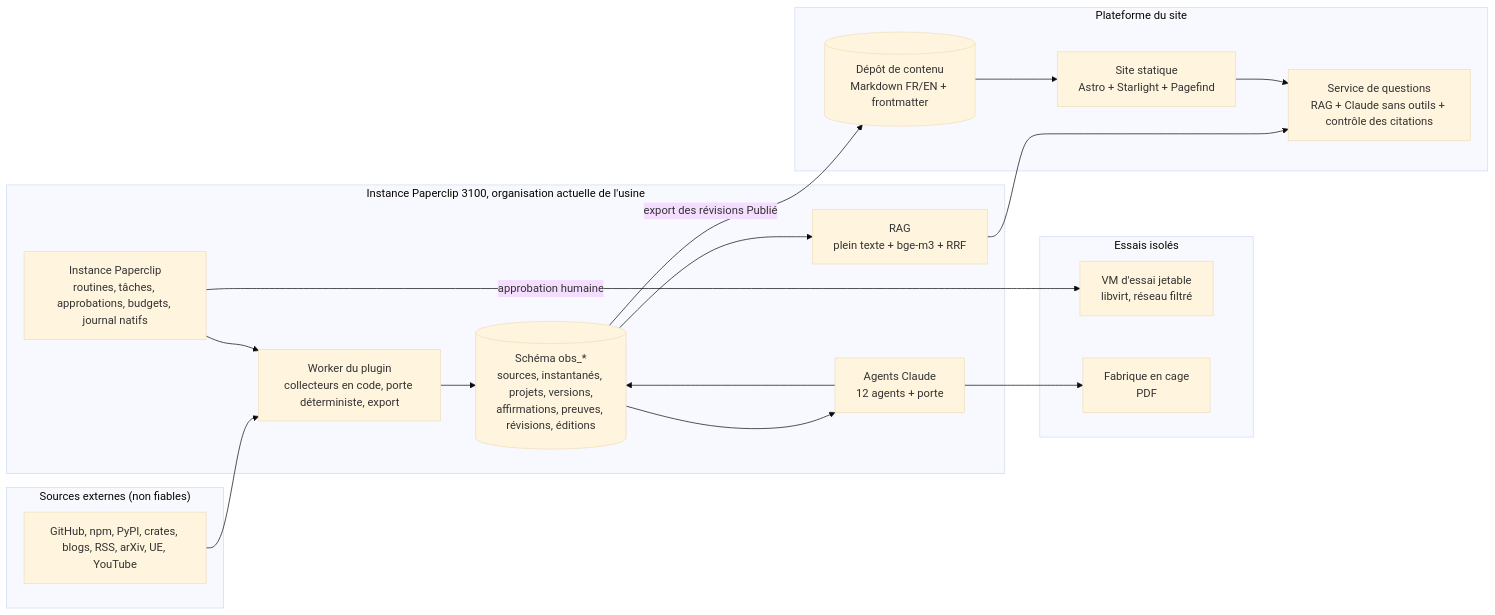
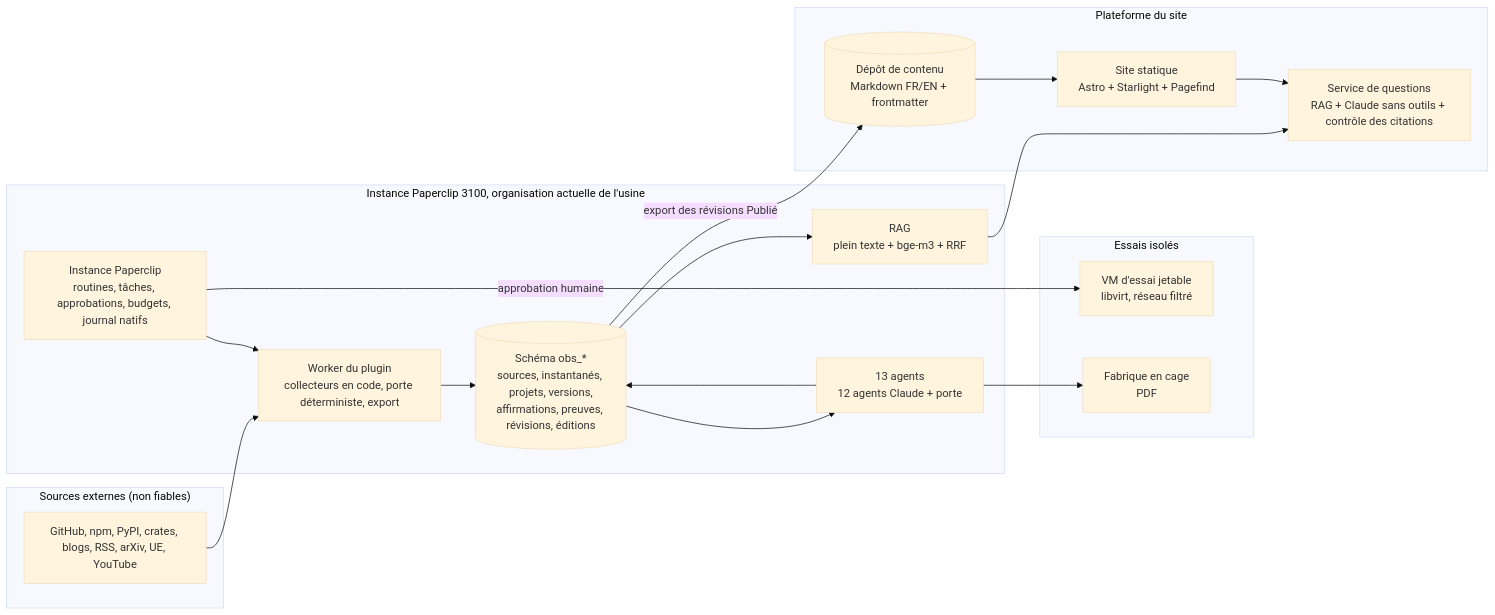
Before and after one commit to warrox1993/atelier-marketing-ia: the second of 5 diagrams in docs/observatoire/architecture.md, drawn with Mermaid (base theme). The commit also changed 862 other files, not shown here.

````diff
--- a/docs/observatoire/architecture.md
+++ b/docs/observatoire/architecture.md
@@ -32,34 +32,34 @@
 ```mermaid
 flowchart LR
   subgraph Sources["Sources externes (non fiables)"]
     EXT["GitHub, npm, PyPI, crates, blogs, RSS, arXiv, UE, YouTube"]
   end
   subgraph Instance["Instance Paperclip 3100, organisation actuelle de l'usine"]
     PAP["Instance Paperclip<br/>routines, tâches, approbations, budgets, journal natifs"]
     WRK["Worker du plugin<br/>collecteurs en code, porte déterministe, export"]
     DB[("Schéma obs_*<br/>sources, instantanés, projets, versions,<br/>affirmations, preuves, révisions, éditions")]
     RAG["RAG<br/>plein texte + bge-m3 + RRF"]
-    AG["Agents Claude<br/>12 agents + porte"]
+    AG["13 agents<br/>12 agents Claude + porte"]
   end
   subgraph Isolement["Essais isolés"]
     VM["VM d'essai jetable<br/>libvirt, réseau filtré"]
     FAB["Fabrique en cage<br/>PDF"]
   end
   subgraph Site["Plateforme du site"]
     GIT[("Dépôt de contenu<br/>Markdown FR/EN + frontmatter")]
     AST["Site statique<br/>Astro + Starlight + Pagefind"]
     QA["Service de questions<br/>RAG + Claude sans outils + contrôle des citations"]
   end
   EXT --> WRK
   PAP --> WRK
   WRK --> DB
   DB --> AG
   AG --> DB
   PAP -- "approbation humaine" --> VM
   AG --> FAB
   DB -- "export des révisions Publié" --> GIT
   GIT --> AST
   DB --> RAG
   RAG --> QA
   AST --> QA
 ```
````
